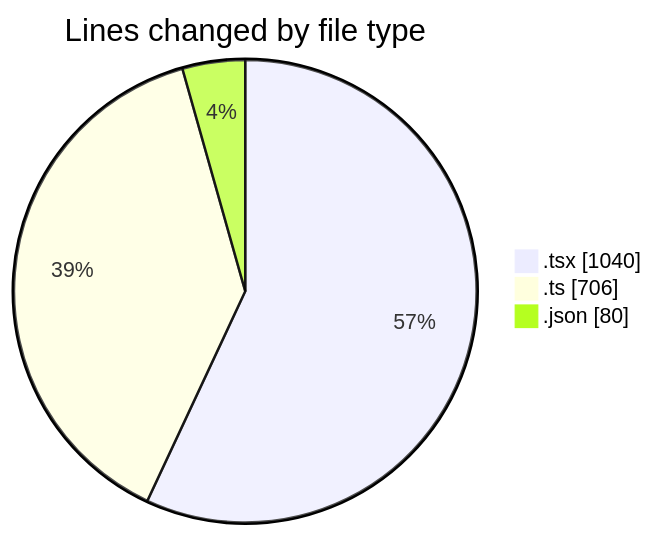
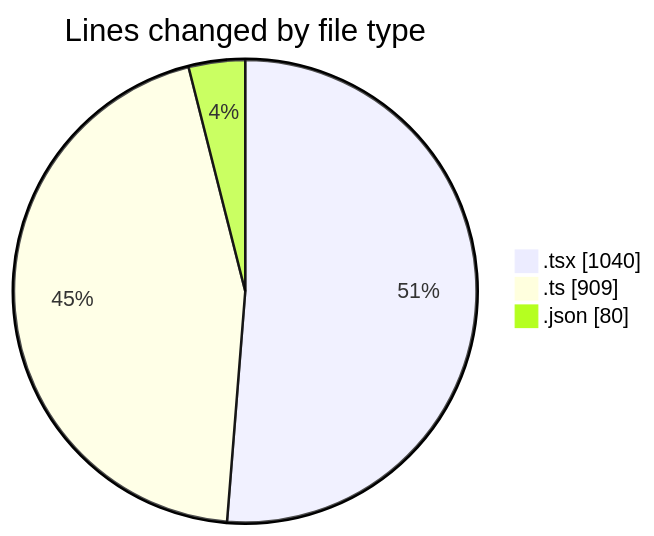
One commit to nxtqubesakshisongat/code-tracking changed the first of 2 diagrams in 2026-03-25/nxtqube_webapp/README.md. Above: the diagram before and after it, drawn with Mermaid. The commit also changed other lines of this file and 1 other file, not shown here.

````diff
--- a/2026-03-25/nxtqube_webapp/README.md
+++ b/2026-03-25/nxtqube_webapp/README.md
@@ -25,7 +25,7 @@
 ```mermaid
 pie showData
 title Lines changed by file type
 ".tsx" : 1040
-".ts" : 706
+".ts" : 909
 ".json" : 80
 ```
````
